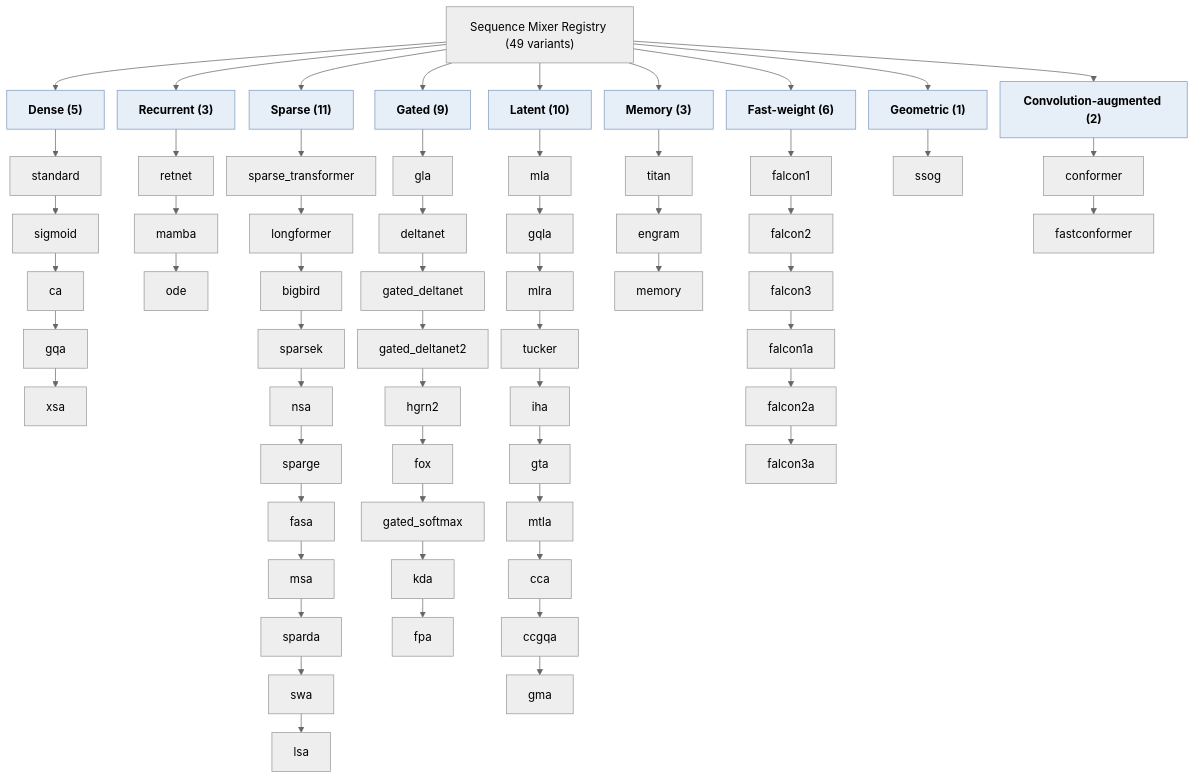
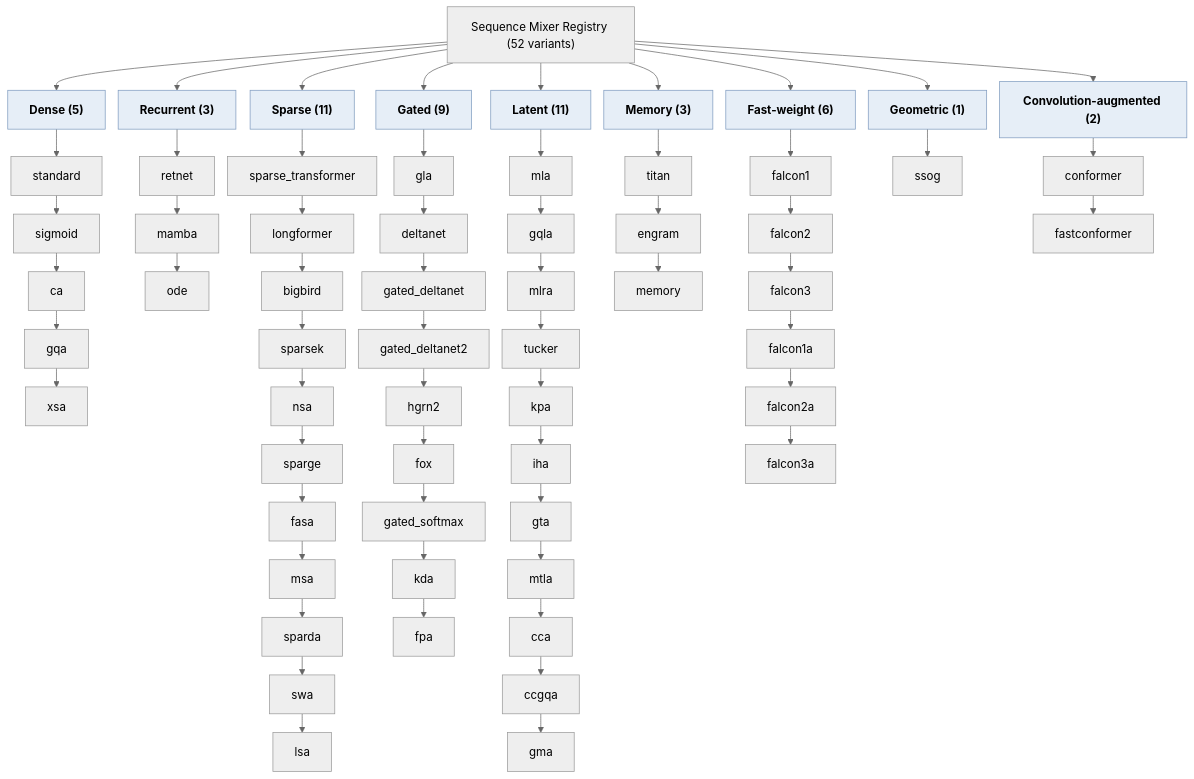
The diagram in docs/paper/figures/mixer-taxonomy.mmd (erickfmm/frankenstein-transformer), drawn with Mermaid before and after one commit. The commit also changed 42 other files, not shown here.

```diff
--- a/docs/paper/figures/mixer-taxonomy.mmd
+++ b/docs/paper/figures/mixer-taxonomy.mmd
@@ -1,34 +1,34 @@
 %%{init: {"theme":"neutral","flowchart":{"curve":"basis","nodeSpacing":18,"rankSpacing":26}}}%%
 flowchart TD
-  root["Sequence Mixer Registry (49 variants)"]
+  root["Sequence Mixer Registry (52 variants)"]
 
   d["Dense (5)"] --> d1["standard"] --> d2["sigmoid"] --> d2b["ca"] --> d3["gqa"] --> d4["xsa"]
 
   r["Recurrent (3)"] --> r1["retnet"] --> r2["mamba"] --> r3["ode"]
 
   s["Sparse (11)"] --> s1["sparse_transformer"] --> s2["longformer"] --> s3["bigbird"] --> s4["sparsek"] --> s5["nsa"] --> s6["sparge"] --> s7["fasa"] --> s8["msa"] --> s9["sparda"] --> s10["swa"] --> s11["lsa"]
 
   g["Gated (9)"] --> g1["gla"] --> g2["deltanet"] --> g3["gated_deltanet"] --> g4["gated_deltanet2"] --> g5["hgrn2"] --> g6["fox"] --> g7["gated_softmax"] --> g8["kda"] --> g9["fpa"]
 
-  l["Latent (10)"] --> l1["mla"] --> l2["gqla"] --> l3["mlra"] --> l4["tucker"] --> l5["iha"] --> l6["gta"] --> l7["mtla"] --> l8["cca"] --> l9["ccgqa"] --> l10["gma"]
+  l["Latent (11)"] --> l1["mla"] --> l2["gqla"] --> l3["mlra"] --> l4["tucker"] --> l5["kpa"] --> l6["iha"] --> l7["gta"] --> l8["mtla"] --> l9["cca"] --> l10["ccgqa"] --> l11["gma"]
 
   m["Memory (3)"] --> m1["titan"] --> m2["engram"] --> m3["memory"]
 
   f["Fast-weight (6)"] --> f1["falcon1"] --> f2["falcon2"] --> f3["falcon3"] --> f4["falcon1a"] --> f5["falcon2a"] --> f6["falcon3a"]
 
   x["Geometric (1)"] --> x1["ssog"]
 
   c["Convolution-augmented (2)"] --> c1["conformer"] --> c2["fastconformer"]
 
   root --> d
   root --> r
   root --> s
   root --> g
   root --> l
   root --> m
   root --> f
   root --> x
   root --> c
 
   classDef category fill:#e6eef7,stroke:#7f9bbf,font-weight:bold
   class d,r,s,g,l,m,f,x,c category
```
